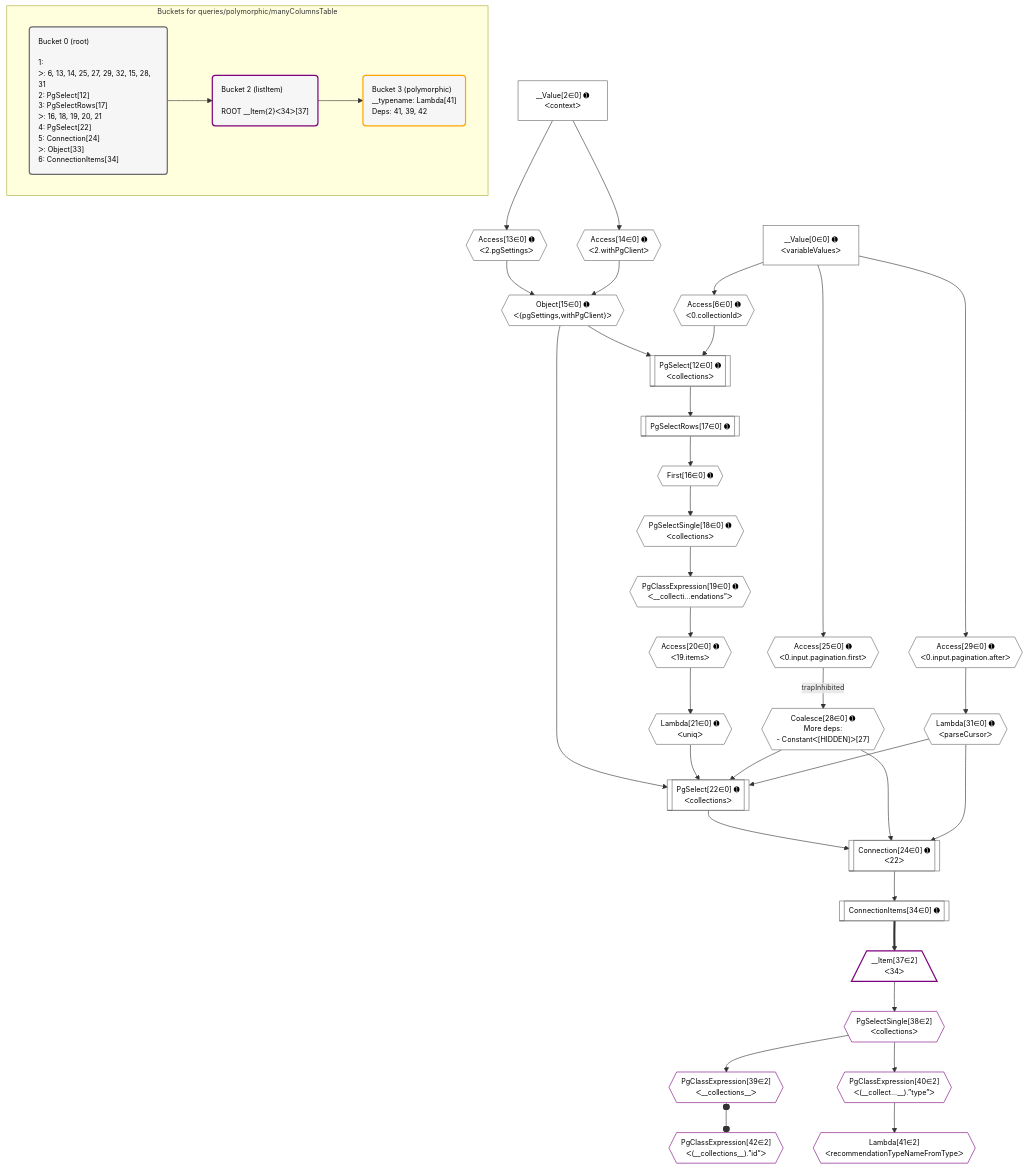
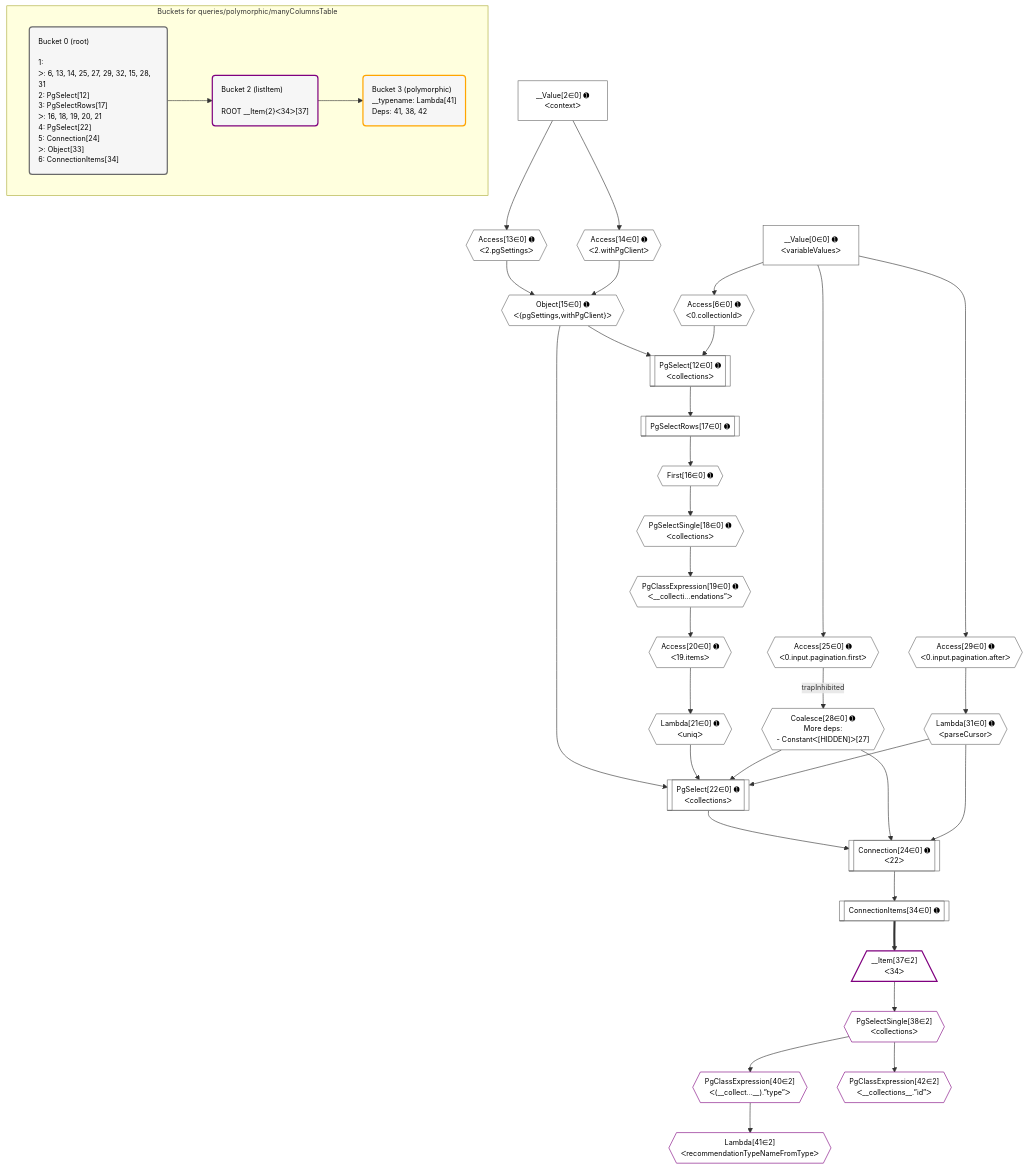
Before and after one commit to graphile/crystal: the diagram in postgraphile/postgraphile/__tests__/queries/polymorphic/manyColumnsTable.mermaid, drawn with Mermaid. The commit also changed 1 other file, not shown here.

```diff
--- a/postgraphile/postgraphile/__tests__/queries/polymorphic/manyColumnsTable.mermaid
+++ b/postgraphile/postgraphile/__tests__/queries/polymorphic/manyColumnsTable.mermaid
@@ -1,76 +1,74 @@
 %%{init: {'themeVariables': { 'fontSize': '12px'}}}%%
 graph TD
     classDef path fill:#eee,stroke:#000,color:#000
     classDef plan fill:#fff,stroke-width:1px,color:#000
     classDef itemplan fill:#fff,stroke-width:2px,color:#000
     classDef unbatchedplan fill:#dff,stroke-width:1px,color:#000
     classDef sideeffectplan fill:#fcc,stroke-width:2px,color:#000
     classDef bucket fill:#f6f6f6,color:#000,stroke-width:2px,text-align:left
 
     subgraph "Buckets for queries/polymorphic/manyColumnsTable"
     Bucket0("Bucket 0 (root)<br /><br />1: <br />ᐳ: 6, 13, 14, 25, 27, 29, 32, 15, 28, 31<br />2: PgSelect[12]<br />3: PgSelectRows[17]<br />ᐳ: 16, 18, 19, 20, 21<br />4: PgSelect[22]<br />5: Connection[24]<br />ᐳ: Object[33]<br />6: ConnectionItems[34]"):::bucket
     Bucket2("Bucket 2 (listItem)<br /><br />ROOT __Item{2}ᐸ34ᐳ[37]"):::bucket
-    Bucket3("Bucket 3 (polymorphic)<br />__typename: Lambda[41]<br />Deps: 41, 39, 42"):::bucket
+    Bucket3("Bucket 3 (polymorphic)<br />__typename: Lambda[41]<br />Deps: 41, 38, 42"):::bucket
     end
     Bucket0 --> Bucket2
     Bucket2 --> Bucket3
 
     %% plan dependencies
     PgSelect22[["PgSelect[22∈0] ➊<br />ᐸcollectionsᐳ"]]:::plan
     Object15{{"Object[15∈0] ➊<br />ᐸ{pgSettings,withPgClient}ᐳ"}}:::plan
     Lambda21{{"Lambda[21∈0] ➊<br />ᐸuniqᐳ"}}:::plan
     Coalesce28{{"Coalesce[28∈0] ➊<br />More deps:<br />- Constantᐸ[HIDDEN]ᐳ[27]"}}:::plan
     Lambda31{{"Lambda[31∈0] ➊<br />ᐸparseCursorᐳ"}}:::plan
     Object15 & Lambda21 & Coalesce28 & Lambda31 --> PgSelect22
     Connection24[["Connection[24∈0] ➊<br />ᐸ22ᐳ"]]:::plan
     PgSelect22 & Coalesce28 & Lambda31 --> Connection24
     PgSelect12[["PgSelect[12∈0] ➊<br />ᐸcollectionsᐳ"]]:::plan
     Access6{{"Access[6∈0] ➊<br />ᐸ0.collectionIdᐳ"}}:::plan
     Object15 & Access6 --> PgSelect12
     Access13{{"Access[13∈0] ➊<br />ᐸ2.pgSettingsᐳ"}}:::plan
     Access14{{"Access[14∈0] ➊<br />ᐸ2.withPgClientᐳ"}}:::plan
     Access13 & Access14 --> Object15
     Access25{{"Access[25∈0] ➊<br />ᐸ0.input.pagination.firstᐳ"}}:::plan
     Access25 -->|trapInhibited| Coalesce28
     __Value0["__Value[0∈0] ➊<br />ᐸvariableValuesᐳ"]:::plan
     __Value0 --> Access6
     __Value2["__Value[2∈0] ➊<br />ᐸcontextᐳ"]:::plan
     __Value2 --> Access13
     __Value2 --> Access14
     First16{{"First[16∈0] ➊"}}:::plan
     PgSelectRows17[["PgSelectRows[17∈0] ➊"]]:::plan
     PgSelectRows17 --> First16
     PgSelect12 --> PgSelectRows17
     PgSelectSingle18{{"PgSelectSingle[18∈0] ➊<br />ᐸcollectionsᐳ"}}:::plan
     First16 --> PgSelectSingle18
     PgClassExpression19{{"PgClassExpression[19∈0] ➊<br />ᐸ__collecti...endations”ᐳ"}}:::plan
     PgSelectSingle18 --> PgClassExpression19
     Access20{{"Access[20∈0] ➊<br />ᐸ19.itemsᐳ"}}:::plan
     PgClassExpression19 --> Access20
     Access20 --> Lambda21
     __Value0 --> Access25
     Access29{{"Access[29∈0] ➊<br />ᐸ0.input.pagination.afterᐳ"}}:::plan
     __Value0 --> Access29
     Access29 --> Lambda31
     ConnectionItems34[["ConnectionItems[34∈0] ➊"]]:::plan
     Connection24 --> ConnectionItems34
     __Item37[/"__Item[37∈2]<br />ᐸ34ᐳ"\]:::itemplan
     ConnectionItems34 ==> __Item37
     PgSelectSingle38{{"PgSelectSingle[38∈2]<br />ᐸcollectionsᐳ"}}:::plan
     __Item37 --> PgSelectSingle38
-    PgClassExpression39{{"PgClassExpression[39∈2]<br />ᐸ__collections__ᐳ"}}:::plan
-    PgSelectSingle38 --> PgClassExpression39
     PgClassExpression40{{"PgClassExpression[40∈2]<br />ᐸ(__collect...__).”type”ᐳ"}}:::plan
     PgSelectSingle38 --> PgClassExpression40
     Lambda41{{"Lambda[41∈2]<br />ᐸrecommendationTypeNameFromTypeᐳ"}}:::plan
     PgClassExpression40 --> Lambda41
-    PgClassExpression42{{"PgClassExpression[42∈2]<br />ᐸ(__collections__).”id”ᐳ"}}:::plan
-    PgClassExpression39 o--o PgClassExpression42
+    PgClassExpression42{{"PgClassExpression[42∈2]<br />ᐸ__collections__.”id”ᐳ"}}:::plan
+    PgSelectSingle38 --> PgClassExpression42
 
     %% define steps
     classDef bucket0 stroke:#696969
     class Bucket0,__Value0,__Value2,Access6,PgSelect12,Access13,Access14,Object15,First16,PgSelectRows17,PgSelectSingle18,PgClassExpression19,Access20,Lambda21,PgSelect22,Connection24,Access25,Coalesce28,Access29,Lambda31,ConnectionItems34 bucket0
     classDef bucket2 stroke:#7f007f
-    class Bucket2,__Item37,PgSelectSingle38,PgClassExpression39,PgClassExpression40,Lambda41,PgClassExpression42 bucket2
+    class Bucket2,__Item37,PgSelectSingle38,PgClassExpression40,Lambda41,PgClassExpression42 bucket2
     classDef bucket3 stroke:#ffa500
     class Bucket3 bucket3
```
